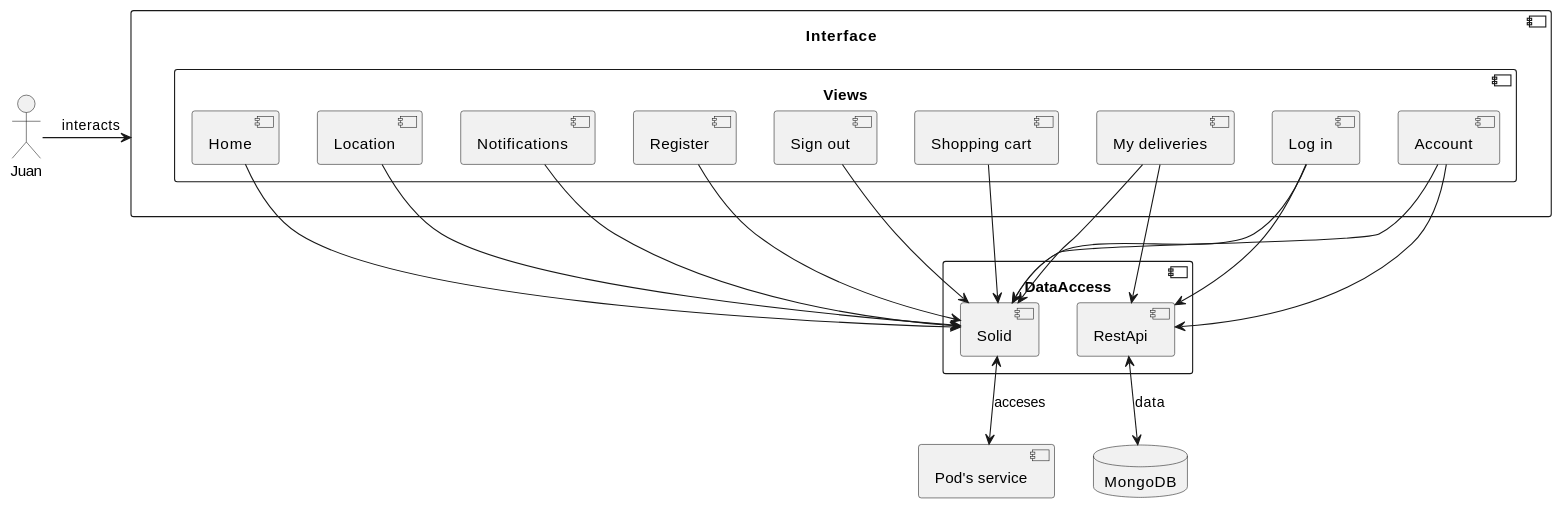
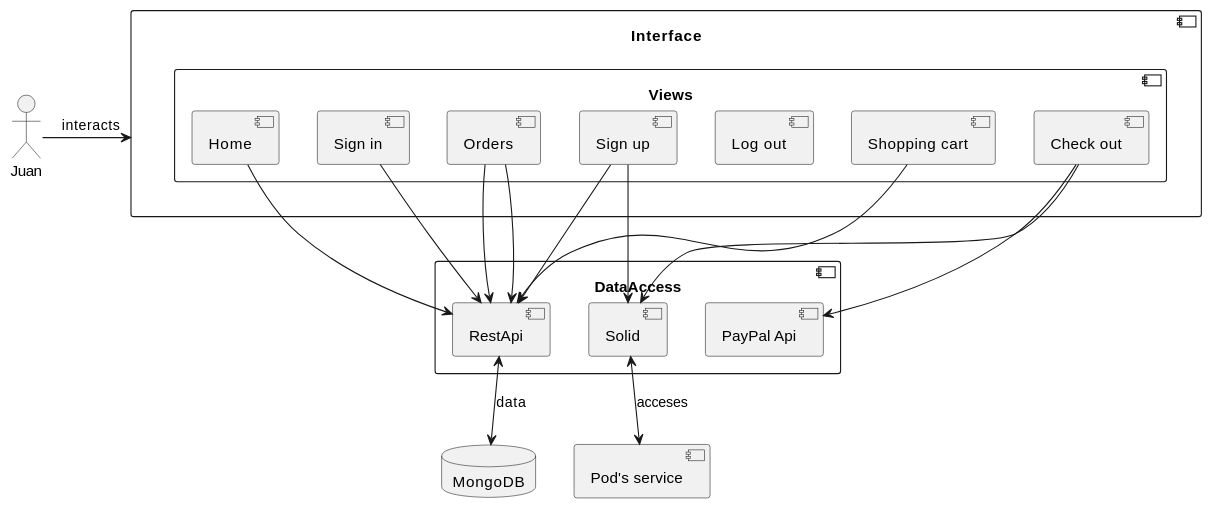
The third of 3 diagrams in docs/05_building_block_view.adoc (Arquisoft/dede_en2a), drawn with PlantUML before and after one commit. The commit also changed other lines of this file, not shown here.

Commit message:
Updating section 5

```diff
--- a/docs/05_building_block_view.adoc
+++ b/docs/05_building_block_view.adoc
@@ -83,42 +82,41 @@
 [plantuml, "level3", png]
 ----
 Actor Juan
 
 Component Interface{
     Component vi as "Views"{
-       Component lo as "Log in"
-       Component re as "Register"
+       Component lo as "Sign in"
+       Component re as "Sign up"
+       Component out as "Log out"
        Component ho as "Home"
-       Component loc as "Location"
-       Component no as "Notifications"
-       Component my as "My deliveries"
-       Component ac as "Account"
-       Component out as "Sign out"
+       Component my as "Orders"
        Component sh as "Shopping cart"
+       Component ck as "Check out"
     }    
 }
 
 Component DataAccess{
        Component sol as "Solid"
        Component res as "RestApi"
+       Component pay as "PayPal Api"
 }
 
 Component pod as "Pod's service"
 Database db as "MongoDB"
 Juan -right->Interface: interacts
-lo -down-> sol
+
 re -down-> sol
-ho -down-> sol
-loc -down-> sol
-no -down-> sol
-my -down-> sol
-ac -down-> sol
-out -down-> sol
-sh -down->sol
+ck -down-> sol
+
+ck -down-> pay
+
 lo -down-> res
+re -down-> res 
 my -down-> res
-ac -down-> res
+my -down-> res
+ho -down-> res
+sh -down-> res
 
 sol <-down-> pod:acceses
 res <-down-> db:data
 ----
```
